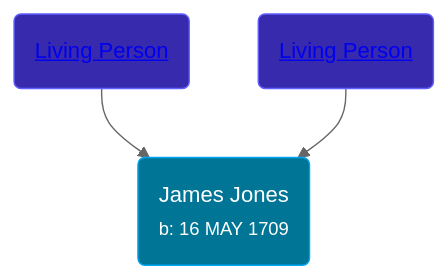
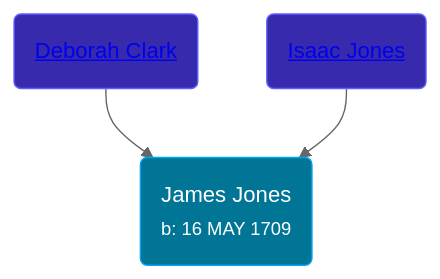
Before and after one commit to wpmgotkh/wpmgotkh.github.io: the diagram in pages/people/6/61233476.md, drawn with Mermaid (neutral theme). The commit also changed other lines of this file and 586 other files, not shown here.

Commit message:
feat: better shouldConsiderPersonLiving algo

````diff
--- a/pages/people/6/61233476.md
+++ b/pages/people/6/61233476.md
@@ -11,9 +11,9 @@
 ```mermaid
 graph
 classDef grands fill:#193cb8,stroke:#2b7fff,stroke-width:1px,color:#fff;
 classDef parents fill:#372aac,stroke:#615fff,stroke-width:1px,color:#fff;
 classDef primary fill:#007595,stroke:#00a6f4,stroke-width:1px,color:#fff;
 61233476(James Jones<br /><small>b: 16 MAY 1709</small>):::primary
-1648568(<a class="text-white" href="/people/1/1648568">Living Person</a>):::parents-->61233476
-74416956(<a class="text-white" href="/people/7/74416956">Living Person</a>):::parents-->61233476
+1648568(<a class="text-white" href="/people/1/1648568">Deborah Clark</a>):::parents-->61233476
+74416956(<a class="text-white" href="/people/7/74416956">Isaac Jones</a>):::parents-->61233476
 ```
````
